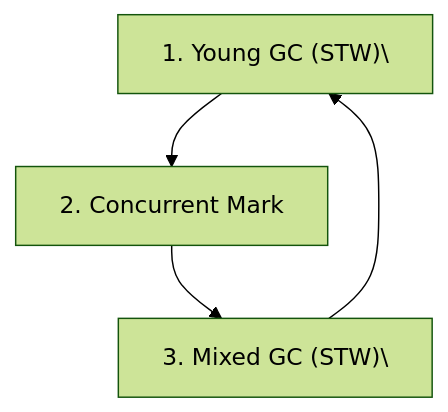
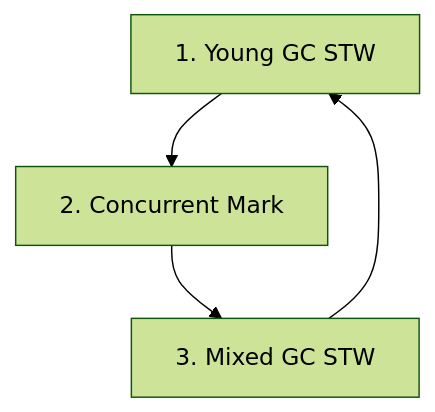
Before and after one commit to yjkim2015/yjkim2015.github.io: diagram 15 of 29 in _posts/java/2026-05-01-java-garbage-collector.md, drawn with Mermaid (forest theme). The commit also changed other lines of this file and 155 other files, not shown here.

First line of the commit message:
Mermaid 전면 수정: subgraph 제거, participant/노드/줄수 축소 (342블록)

````diff
--- a/_posts/java/2026-05-01-java-garbage-collector.md
+++ b/_posts/java/2026-05-01-java-garbage-collector.md
@@ -302,7 +277,5 @@
 ```mermaid
 graph TD
-    YGC["1. Young GC (STW)\"]
-    CMC["2. Concurrent Mark"]
-    MGC["3. Mixed GC (STW)\"]
-    YGC --> CMC --> MGC --> YGC
+    YGC["1. Young GC STW"] --> CMC["2. Concurrent Mark"]
+    CMC --> MGC["3. Mixed GC STW"] --> YGC
 ```
````
